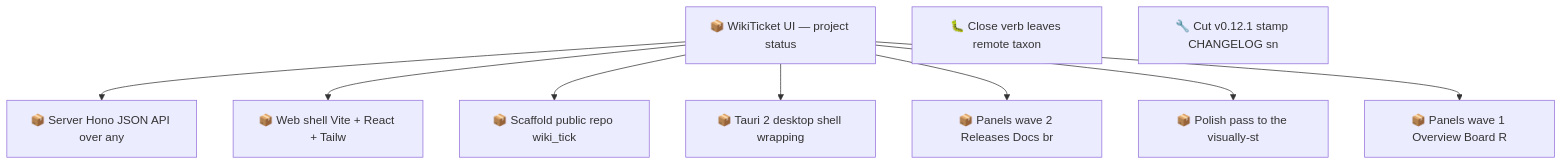
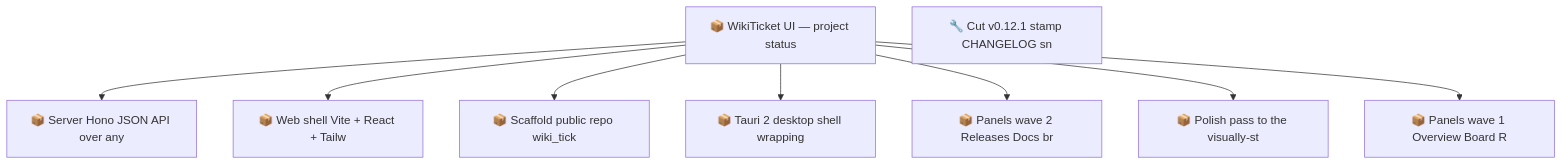
One commit to SpillwaveSolutions/wiki_ticket_sdd changed the second of 2 diagrams in docs/roadmap.md. Above: the diagram before and after it, drawn with Mermaid. The commit also changed other lines of this file and 1 other file, not shown here.

First line of the commit message:
chore: close close-label-drift item (PR #77 merged)

````diff
--- a/docs/roadmap.md
+++ b/docs/roadmap.md
@@ -91,20 +83,19 @@
 ```mermaid
 graph TD
     01KY111BC71KJGNH55CB2DWMKN["📦 Server Hono JSON API over any"]
     01KY111BC7B70C7M2RF1E57G17["📦 Web shell Vite + React + Tailw"]
     01KY111BC7NJ4BE7JBDK2P6Y56["📦 Scaffold public repo wiki_tick"]
     01KY111BC7PABV8W6SDNVQACSN["📦 WikiTicket UI — project status"]
     01KY111BC842N3J7Y7H85NHSEG["📦 Tauri 2 desktop shell wrapping"]
     01KY111BC88FS6QD49JADZ9CJ5["📦 Panels wave 2 Releases Docs br"]
     01KY111BC8F9BH0T3TERYEFC3C["📦 Polish pass to the visually-st"]
     01KY111BC8QJAS9KH7N368N6RF["📦 Panels wave 1 Overview Board R"]
-    01KY129SGV3DEX5NVAP34VV9G2["🐛 Close verb leaves remote taxon"]
     01KY2J9WN6WN6A8TVMR1TNS6ZX["🔧 Cut v0.12.1 stamp CHANGELOG sn"]
     01KY111BC7PABV8W6SDNVQACSN --> 01KY111BC71KJGNH55CB2DWMKN
     01KY111BC7PABV8W6SDNVQACSN --> 01KY111BC7B70C7M2RF1E57G17
     01KY111BC7PABV8W6SDNVQACSN --> 01KY111BC7NJ4BE7JBDK2P6Y56
     01KY111BC7PABV8W6SDNVQACSN --> 01KY111BC842N3J7Y7H85NHSEG
     01KY111BC7PABV8W6SDNVQACSN --> 01KY111BC88FS6QD49JADZ9CJ5
     01KY111BC7PABV8W6SDNVQACSN --> 01KY111BC8F9BH0T3TERYEFC3C
     01KY111BC7PABV8W6SDNVQACSN --> 01KY111BC8QJAS9KH7N368N6RF
 ```
````
